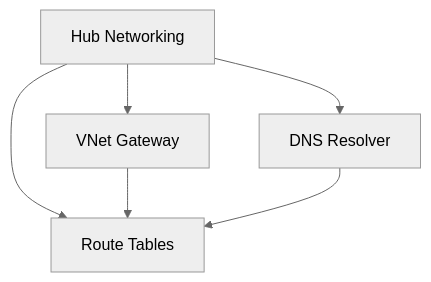
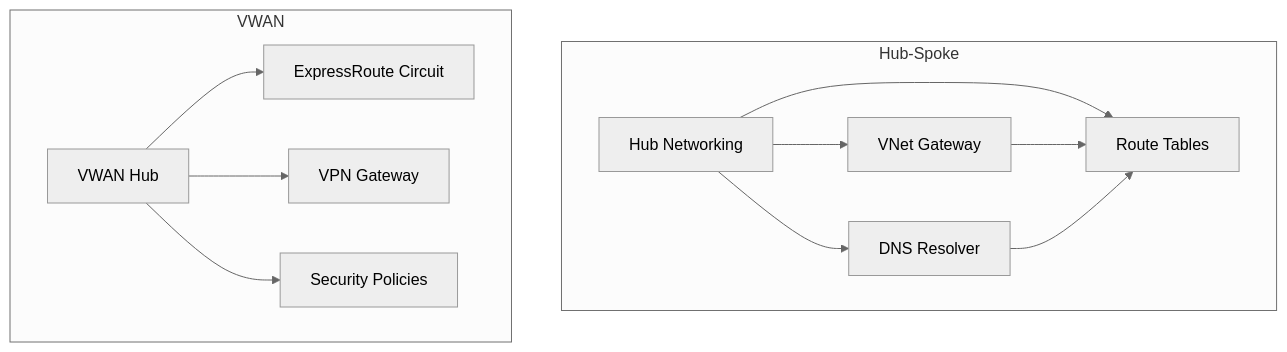
The third of 3 diagrams in memory-bank/systemPatterns.md (entee28/de-facto-azure-ldz), drawn with Mermaid (neutral theme) before and after one commit. The commit also changed other lines of this file and 8 other files, not shown here.

````diff
--- a/memory-bank/systemPatterns.md
+++ b/memory-bank/systemPatterns.md
@@ -94,8 +129,16 @@
 ```mermaid
 graph TD
-    HUB[Hub Networking] --> GW[VNet Gateway]
-    HUB --> DNS[DNS Resolver]
-    HUB --> RT[Route Tables]
-    GW --> RT
-    DNS --> RT
+    subgraph Hub-Spoke
+        HUB[Hub Networking] --> GW[VNet Gateway]
+        HUB --> DNS[DNS Resolver]
+        HUB --> RT[Route Tables]
+        GW --> RT
+        DNS --> RT
+    end
+
+    subgraph VWAN
+        VHUB[VWAN Hub] --> ERC[ExpressRoute Circuit]
+        VHUB --> VPNG[VPN Gateway]
+        VHUB --> SECP[Security Policies]
+    end
 ```
````
